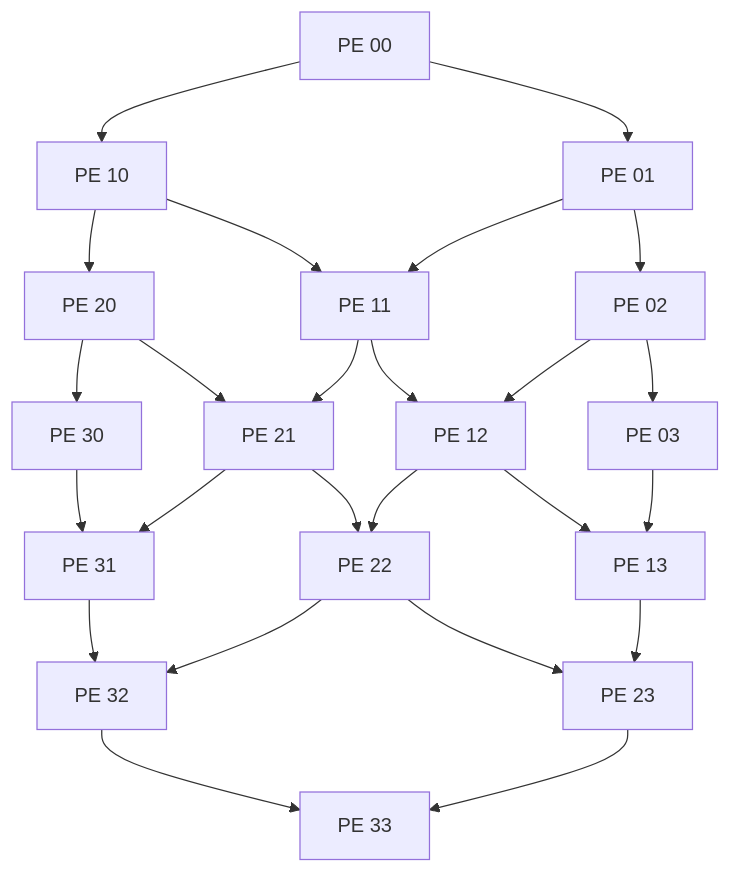
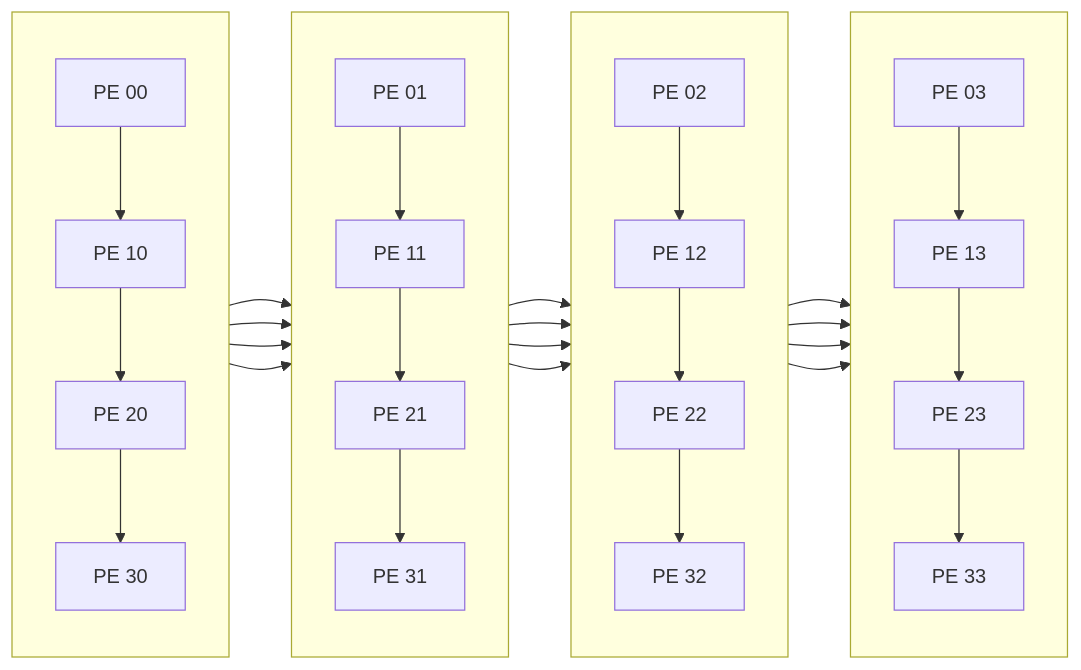
The diagram in README.md (seop4444/systolic-array-4x4), drawn with Mermaid before and after one commit. The commit also changed other lines of this file, not shown here.

````diff
--- a/README.md
+++ b/README.md
@@ -18,34 +19,44 @@
 ```mermaid
-flowchart TB
-    P00["PE 00"] --> P01["PE 01"]
-    P01 --> P02["PE 02"]
-    P02 --> P03["PE 03"]
+flowchart LR
+    subgraph C0[" "]
+        direction TB
+        P00["PE 00"]
+        P10["PE 10"]
+        P20["PE 20"]
+        P30["PE 30"]
+    end
 
-    P10["PE 10"] --> P11["PE 11"]
-    P11 --> P12["PE 12"]
-    P12 --> P13["PE 13"]
+    subgraph C1[" "]
+        direction TB
+        P01["PE 01"]
+        P11["PE 11"]
+        P21["PE 21"]
+        P31["PE 31"]
+    end
 
-    P20["PE 20"] --> P21["PE 21"]
-    P21 --> P22["PE 22"]
-    P22 --> P23["PE 23"]
+    subgraph C2[" "]
+        direction TB
+        P02["PE 02"]
+        P12["PE 12"]
+        P22["PE 22"]
+        P32["PE 32"]
+    end
 
-    P30["PE 30"] --> P31["PE 31"]
-    P31 --> P32["PE 32"]
-    P32 --> P33["PE 33"]
+    subgraph C3[" "]
+        direction TB
+        P03["PE 03"]
+        P13["PE 13"]
+        P23["PE 23"]
+        P33["PE 33"]
+    end
 
-    P00 --> P10
-    P10 --> P20
-    P20 --> P30
+    P00 --> P01 --> P02 --> P03
+    P10 --> P11 --> P12 --> P13
+    P20 --> P21 --> P22 --> P23
+    P30 --> P31 --> P32 --> P33
 
-    P01 --> P11
-    P11 --> P21
-    P21 --> P31
-
-    P02 --> P12
-    P12 --> P22
-    P22 --> P32
-
-    P03 --> P13
-    P13 --> P23
-    P23 --> P33
+    P00 --> P10 --> P20 --> P30
+    P01 --> P11 --> P21 --> P31
+    P02 --> P12 --> P22 --> P32
+    P03 --> P13 --> P23 --> P33
 ```
````
